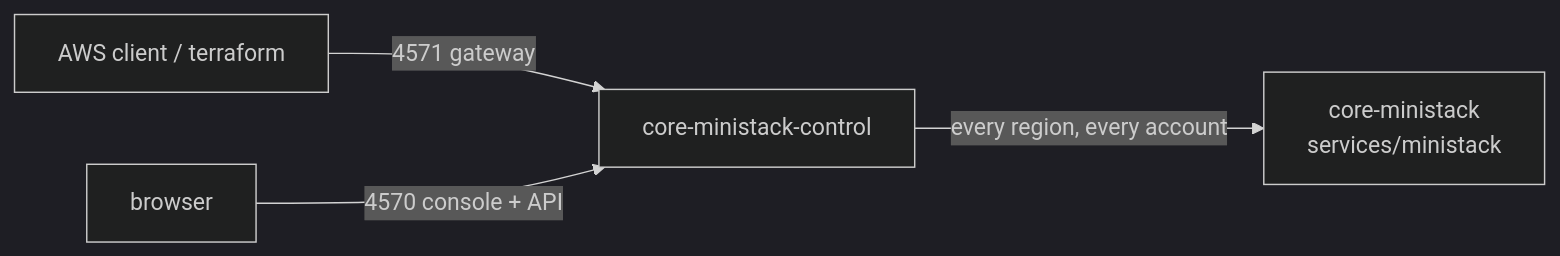
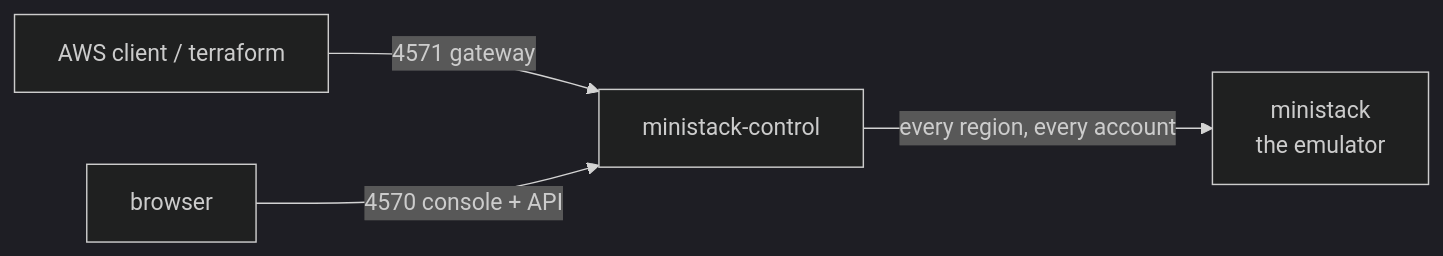
Before and after one commit to mathewmusango/emuplane: the diagram in README.md, drawn with Mermaid (dark theme). The commit also changed other lines of this file and 16 other files, not shown here.

````diff
--- a/README.md
+++ b/README.md
@@ -25,6 +107,6 @@
 ```mermaid
 flowchart LR
-    client[AWS client / terraform] -->|4571 gateway| control[core-ministack-control]
-    control -->|"every region, every account"| node[core-ministack<br/>services/ministack]
+    client[AWS client / terraform] -->|4571 gateway| control[ministack-control]
+    control -->|"every region, every account"| node[ministack<br/>the emulator]
     browser[browser] -->|"4570 console + API"| control
 ```
````
